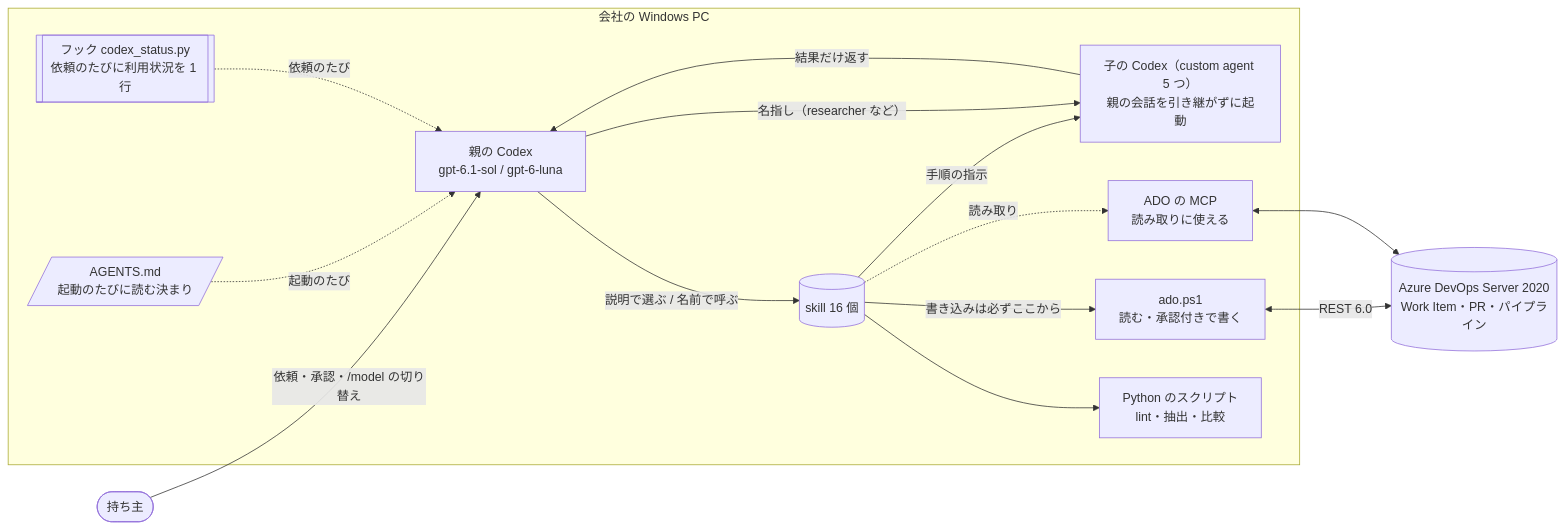
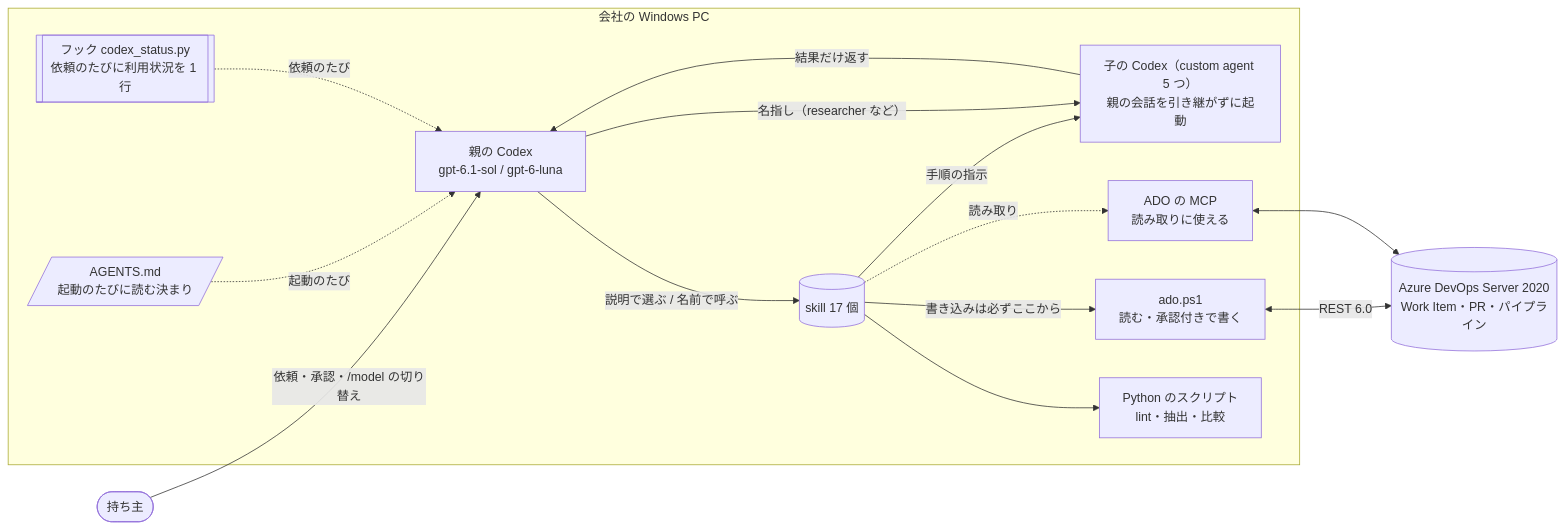
The first of 7 diagrams in README.md (iroha924/dev-com), drawn with Mermaid before and after one commit. The commit also changed other lines of this file and 9 other files, not shown here.

````diff
--- a/README.md
+++ b/README.md
@@ -27,27 +28,27 @@
 ```mermaid
 flowchart LR
     owner(["持ち主"])
     subgraph pc["会社の Windows PC"]
         codex["親の Codex<br/>gpt-6.1-sol / gpt-6-luna"]
         agentsmd[/"AGENTS.md<br/>起動のたびに読む決まり"/]
         hook[["フック codex_status.py<br/>依頼のたびに利用状況を 1 行"]]
-        skills[("skill 16 個")]
+        skills[("skill 17 個")]
         child["子の Codex（custom agent 5 つ）<br/>親の会話を引き継がずに起動"]
         adops1["ado.ps1<br/>読む・承認付きで書く"]
         mcp["ADO の MCP<br/>読み取りに使える"]
         scripts["Python のスクリプト<br/>lint・抽出・比較"]
     end
     ado[("Azure DevOps Server 2020<br/>Work Item・PR・パイプライン")]
     owner -- "依頼・承認・/model の切り替え" --> codex
     agentsmd -. "起動のたび" .-> codex
     hook -. "依頼のたび" .-> codex
     codex -- "説明で選ぶ / 名前で呼ぶ" --> skills
     skills -- "手順の指示" --> child
     codex -- "名指し（researcher など）" --> child
     skills --> scripts
     skills -- "書き込みは必ずここから" --> adops1
     skills -. "読み取り" .-> mcp
     adops1 <-- "REST 6.0" --> ado
     mcp <--> ado
     child -- "結果だけ返す" --> codex
 ```
````
